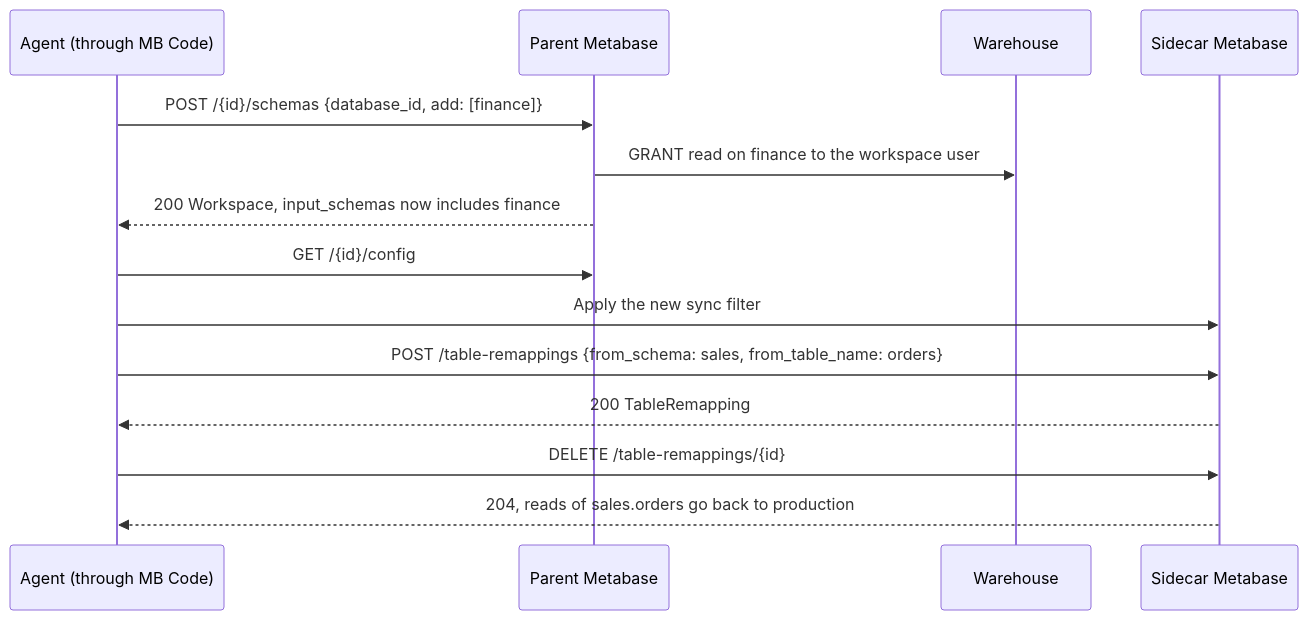
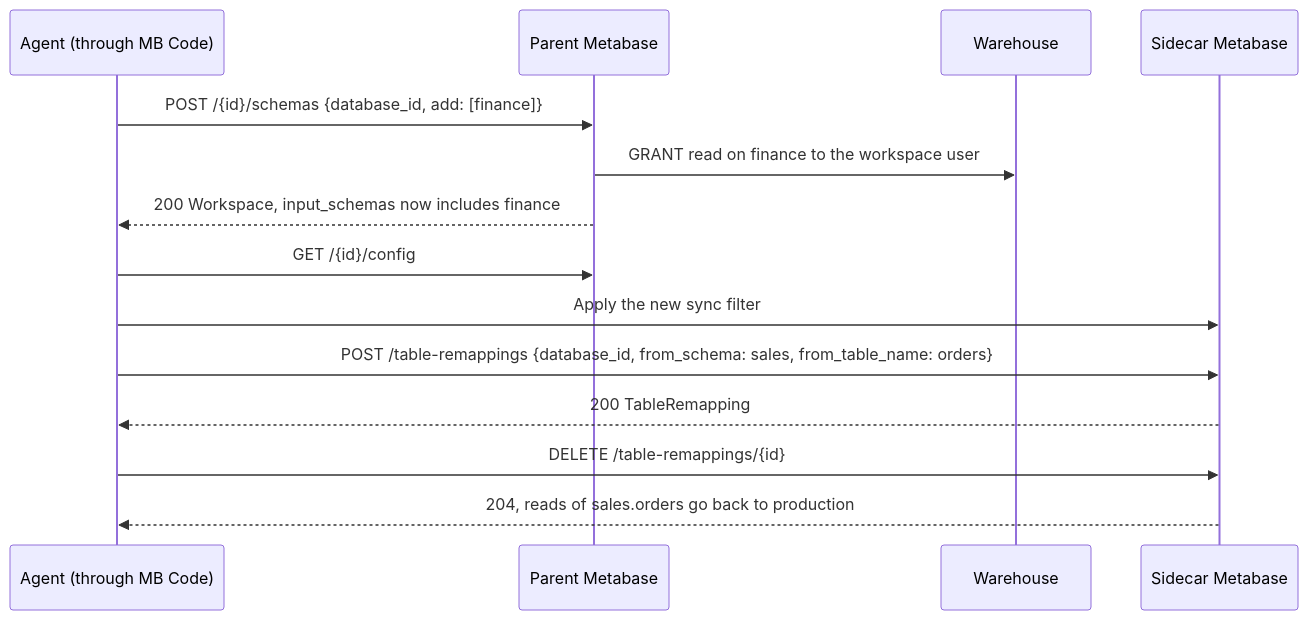
The fifth of 7 diagrams in contracts/workspaces/README.md (metabase/metabase), drawn with Mermaid before and after one commit. The commit also changed other lines of this file, not shown here.

````diff
--- a/contracts/workspaces/README.md
+++ b/contracts/workspaces/README.md
@@ -163,17 +164,17 @@
 ```mermaid
 sequenceDiagram
     participant A as Agent (through MB Code)
     participant P as Parent Metabase
     participant W as Warehouse
     participant S as Sidecar Metabase
 
     A->>P: POST /{id}/schemas {database_id, add: [finance]}
     P->>W: GRANT read on finance to the workspace user
     P-->>A: 200 Workspace, input_schemas now includes finance
     A->>P: GET /{id}/config
     A->>S: Apply the new sync filter
-    A->>S: POST /table-remappings {from_schema: sales, from_table_name: orders}
+    A->>S: POST /table-remappings {database_id, from_schema: sales, from_table_name: orders}
     S-->>A: 200 TableRemapping
     A->>S: DELETE /table-remappings/{id}
     S-->>A: 204, reads of sales.orders go back to production
 ```
````
